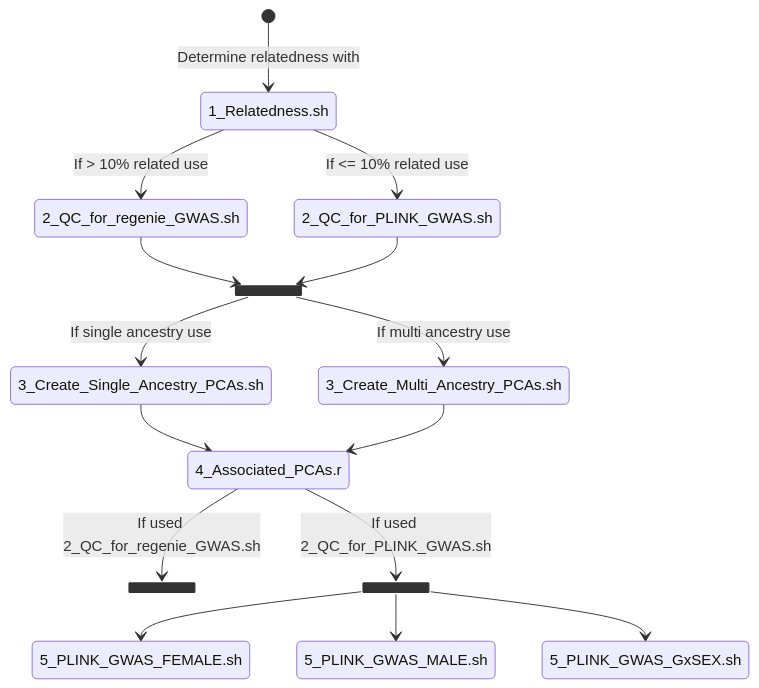
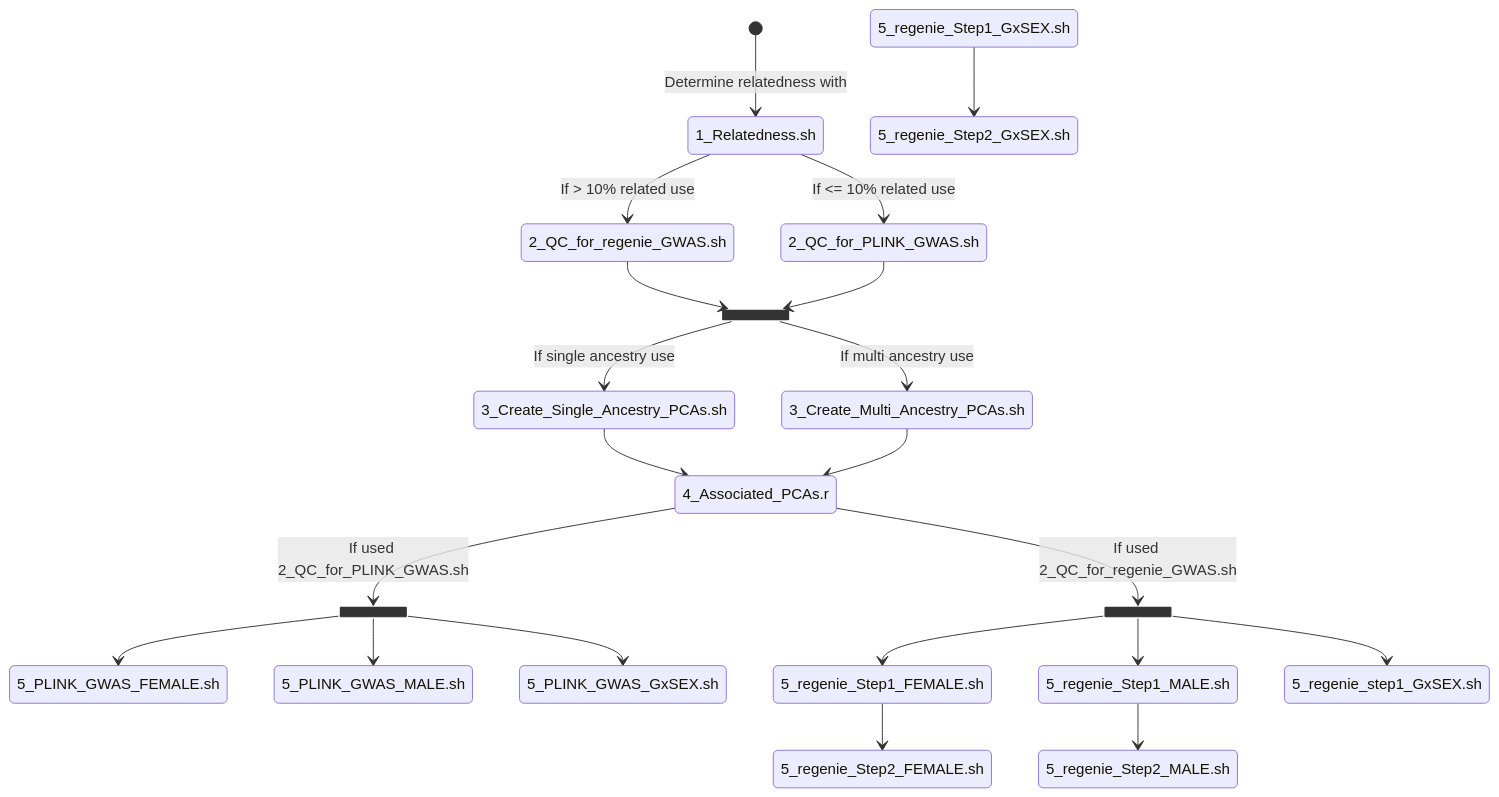
The diagram in README.md (psychiatric-genomics-consortium/sex-stratified-depression), drawn with Mermaid before and after one commit.

````diff
--- a/README.md
+++ b/README.md
@@ -14,21 +14,26 @@
 ```mermaid
 stateDiagram-v2
  state anc <<join>>
  state rel2 <<join>>
  state rel <<join>>
  [*] --> 1_Relatedness.sh : Determine relatedness with
  1_Relatedness.sh --> 2_QC_for_regenie_GWAS.sh : If > 10% related use
  1_Relatedness.sh --> 2_QC_for_PLINK_GWAS.sh : If <= 10% related use
  2_QC_for_regenie_GWAS.sh --> anc
  2_QC_for_PLINK_GWAS.sh --> anc
  anc --> 3_Create_Single_Ancestry_PCAs.sh : If single ancestry use
  anc --> 3_Create_Multi_Ancestry_PCAs.sh : If multi ancestry use
  3_Create_Single_Ancestry_PCAs.sh --> 4_Associated_PCAs.r
  3_Create_Multi_Ancestry_PCAs.sh --> 4_Associated_PCAs.r
  4_Associated_PCAs.r --> rel2 : If used 2_QC_for_regenie_GWAS.sh
  4_Associated_PCAs.r --> rel : If used 2_QC_for_PLINK_GWAS.sh
  rel --> 5_PLINK_GWAS_FEMALE.sh
  rel --> 5_PLINK_GWAS_MALE.sh
  rel --> 5_PLINK_GWAS_GxSEX.sh
- 
+ rel2 --> 5_regenie_Step1_FEMALE.sh
+ rel2 --> 5_regenie_Step1_MALE.sh
+ rel2 --> 5_regenie_step1_GxSEX.sh
+ 5_regenie_Step1_FEMALE.sh --> 5_regenie_Step2_FEMALE.sh
+ 5_regenie_Step1_MALE.sh --> 5_regenie_Step2_MALE.sh
+ 5_regenie_Step1_GxSEX.sh --> 5_regenie_Step2_GxSEX.sh 
 ```
````
